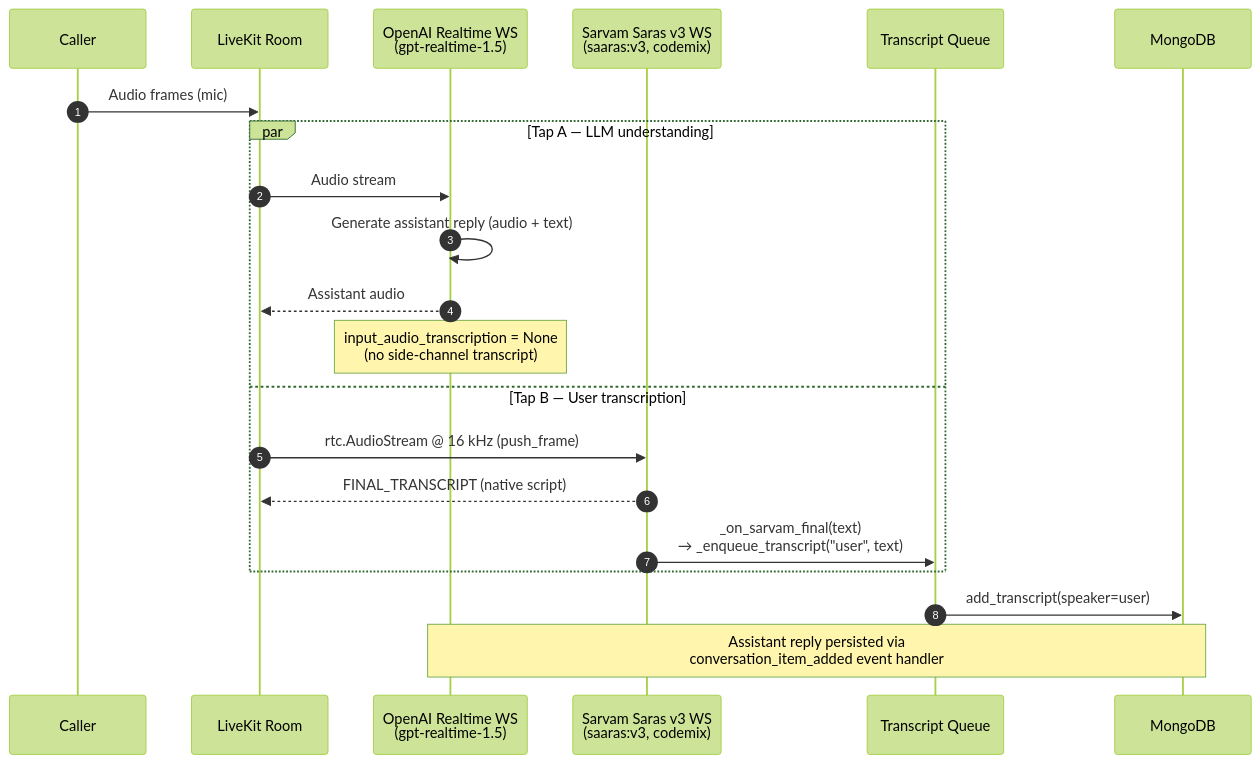
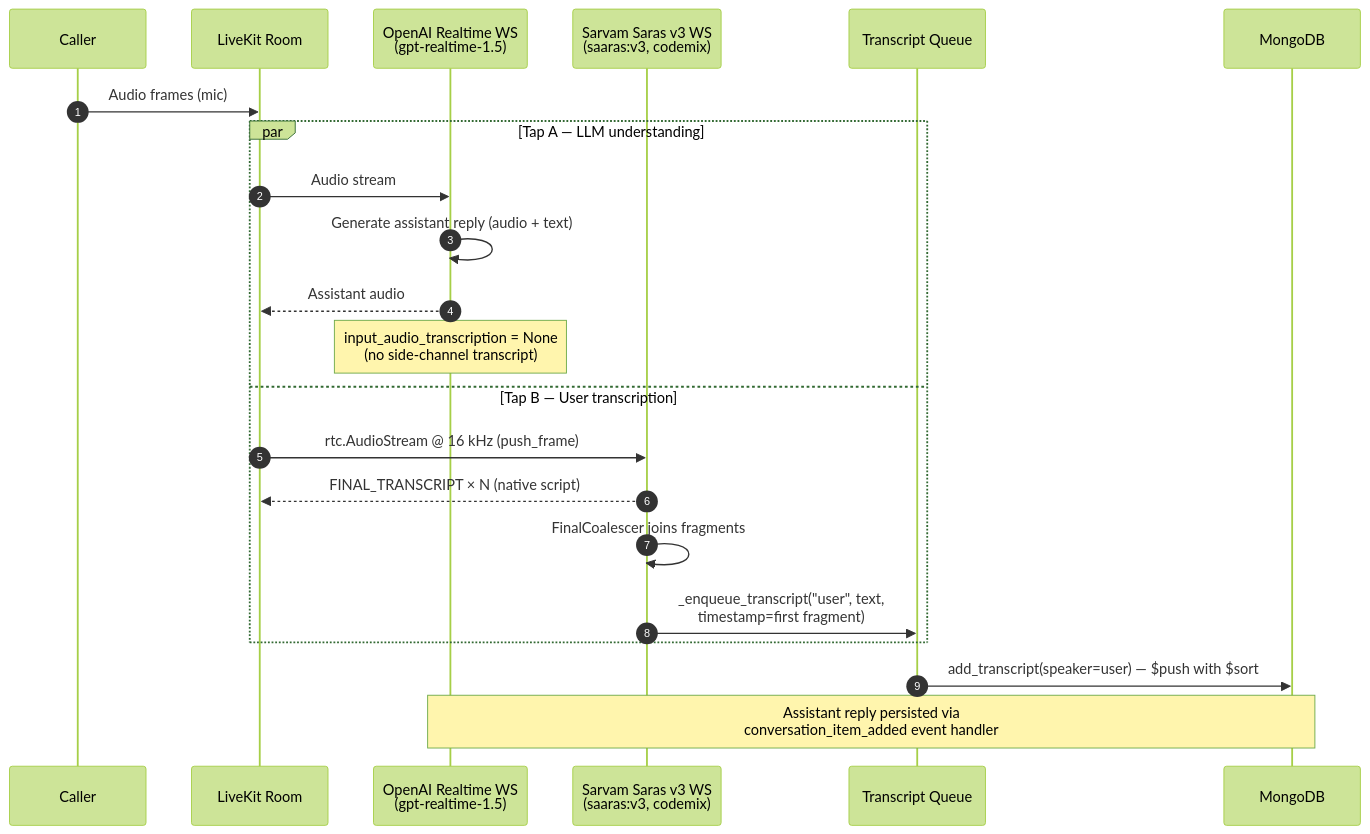
Before and after one commit to ShubhamX-AI/api_livekit: the diagram in docs/architecture/runtime-modes.md, drawn with Mermaid (forest theme). The commit also changed other lines of this file and 8 other files, not shown here.

````diff
--- a/docs/architecture/runtime-modes.md
+++ b/docs/architecture/runtime-modes.md
@@ -141,24 +141,25 @@
 ```mermaid
 sequenceDiagram
     autonumber
     participant Caller
     participant LK as LiveKit Room
     participant OAI as OpenAI Realtime WS<br/>(gpt-realtime-1.5)
     participant Sarvam as Sarvam Saras v3 WS<br/>(saaras:v3, codemix)
     participant TQ as Transcript Queue
     participant DB as MongoDB
 
     Caller->>LK: Audio frames (mic)
     par Tap A — LLM understanding
         LK->>OAI: Audio stream
         OAI->>OAI: Generate assistant reply (audio + text)
         OAI-->>LK: Assistant audio
         Note over OAI: input_audio_transcription = None<br/>(no side-channel transcript)
     and Tap B — User transcription
         LK->>Sarvam: rtc.AudioStream @ 16 kHz (push_frame)
-        Sarvam-->>LK: FINAL_TRANSCRIPT (native script)
-        Sarvam->>TQ: _on_sarvam_final(text)<br/>→ _enqueue_transcript("user", text)
+        Sarvam-->>LK: FINAL_TRANSCRIPT × N (native script)
+        Sarvam->>Sarvam: FinalCoalescer joins fragments
+        Sarvam->>TQ: _enqueue_transcript("user", text,<br/>timestamp=first fragment)
     end
-    TQ->>DB: add_transcript(speaker=user)
+    TQ->>DB: add_transcript(speaker=user) — $push with $sort
     Note over OAI,DB: Assistant reply persisted via<br/>conversation_item_added event handler
 ```
````
